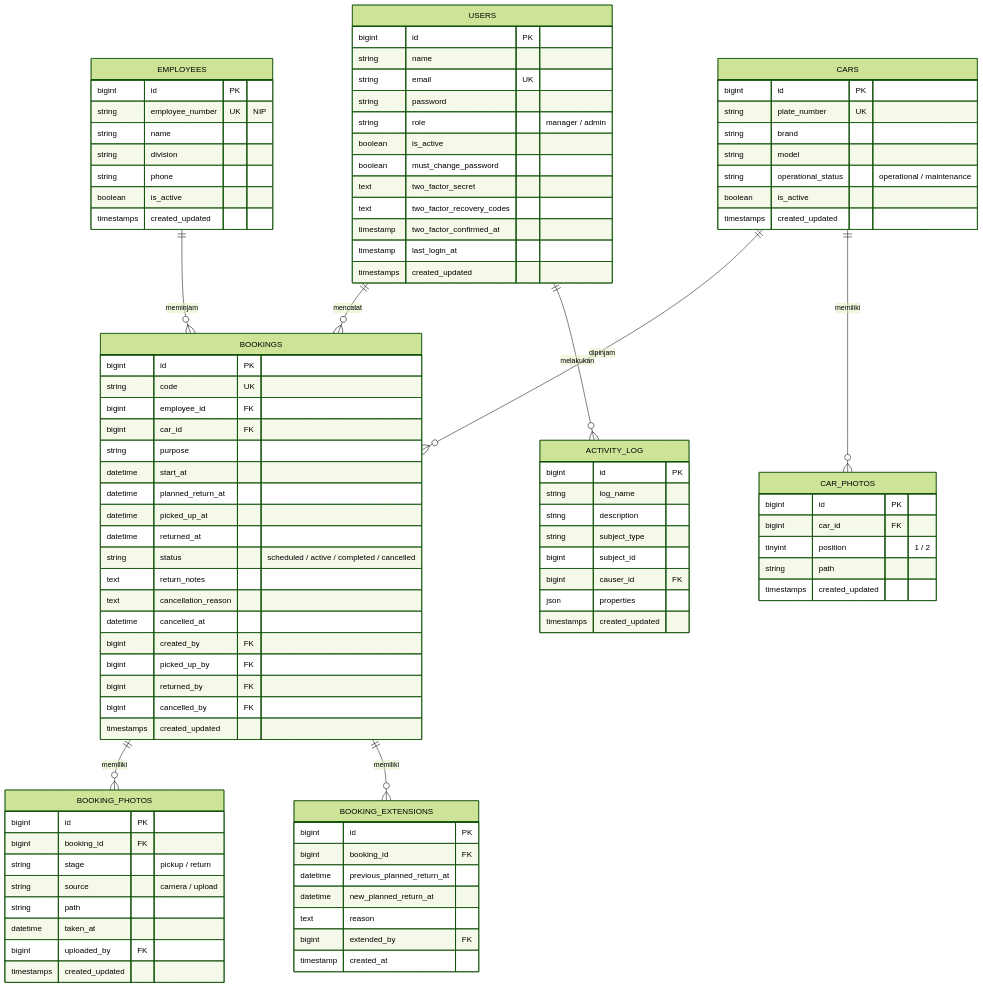
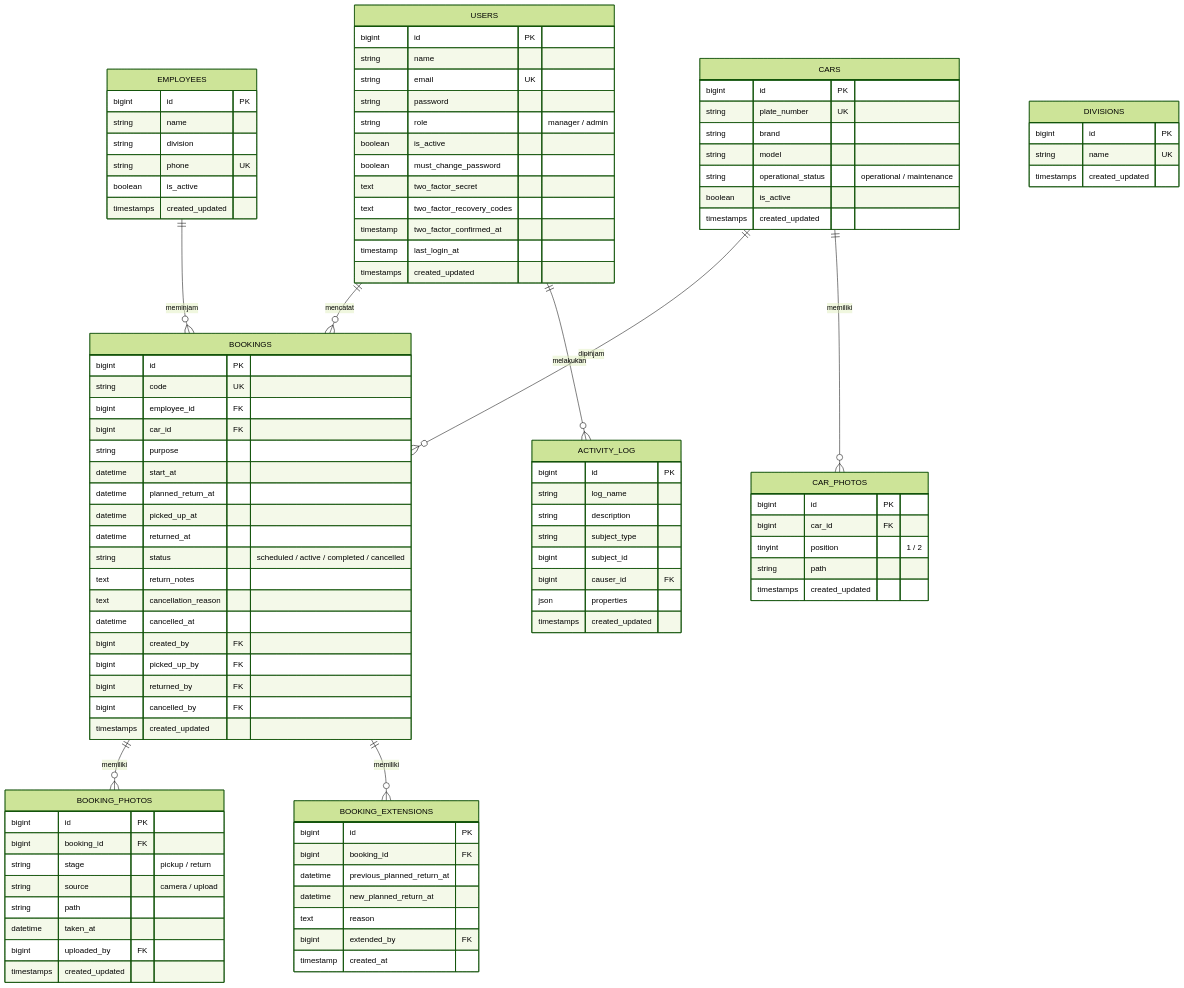
The sixth of 6 diagrams in prd.md (NajibAnanda/sistem-peminjaman-mobil), drawn with Mermaid (forest theme) before and after one commit. The commit also changed other lines of this file and 50 other files, not shown here.

Commit message:
feat: dynamic divisions, pdf export, and employee nip removal

```diff
--- a/prd.md
+++ b/prd.md
@@ -533,11 +534,16 @@
 
     EMPLOYEES {
         bigint id PK
-        string employee_number UK "NIP"
         string name
         string division
-        string phone
+        string phone UK
         boolean is_active
+        timestamps created_updated
+    }
+
+    DIVISIONS {
+        bigint id PK
+        string name UK
         timestamps created_updated
     }
 
```
